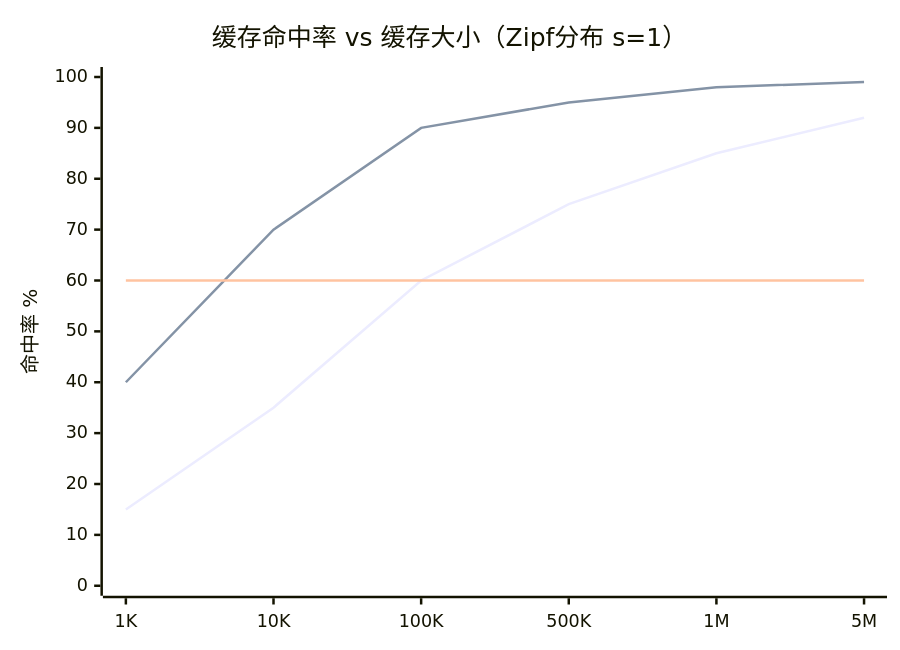
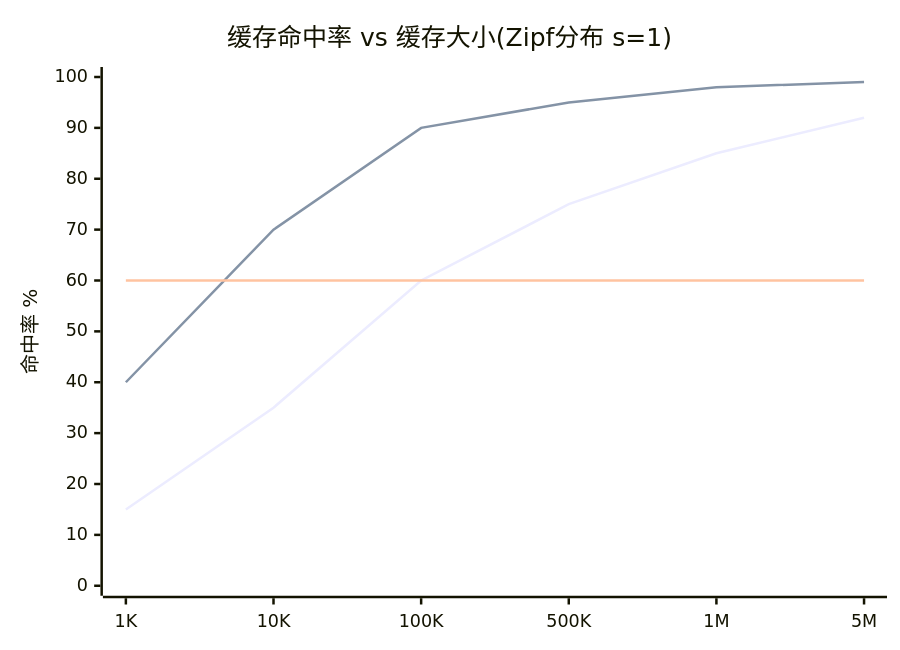
One commit to AdaMartin18010/AnalysisDataFlow changed the fifth of 6 diagrams in Flink/02-core/delta-join-production-guide.md. Above: the diagram before and after it, drawn with Mermaid. The commit also changed other lines of this file and 634 other files, not shown here.

````diff
--- a/Flink/02-core/delta-join-production-guide.md
+++ b/Flink/02-core/delta-join-production-guide.md
@@ -1197,9 +1197,9 @@
 ```mermaid
 xychart-beta
-    title "缓存命中率 vs 缓存大小（Zipf分布 s=1）"
+    title "缓存命中率 vs 缓存大小(Zipf分布 s=1)"
     x-axis ["1K", "10K", "100K", "500K", "1M", "5M"]
     y-axis "命中率 %" 0 --> 100
     line "理论命中率" [15, 35, 60, 75, 85, 92]
     line "实际命中率<br/>(含时间局部性)" [40, 70, 90, 95, 98, 99]
     line "生产推荐线" [60, 60, 60, 60, 60, 60]
 ```
````
